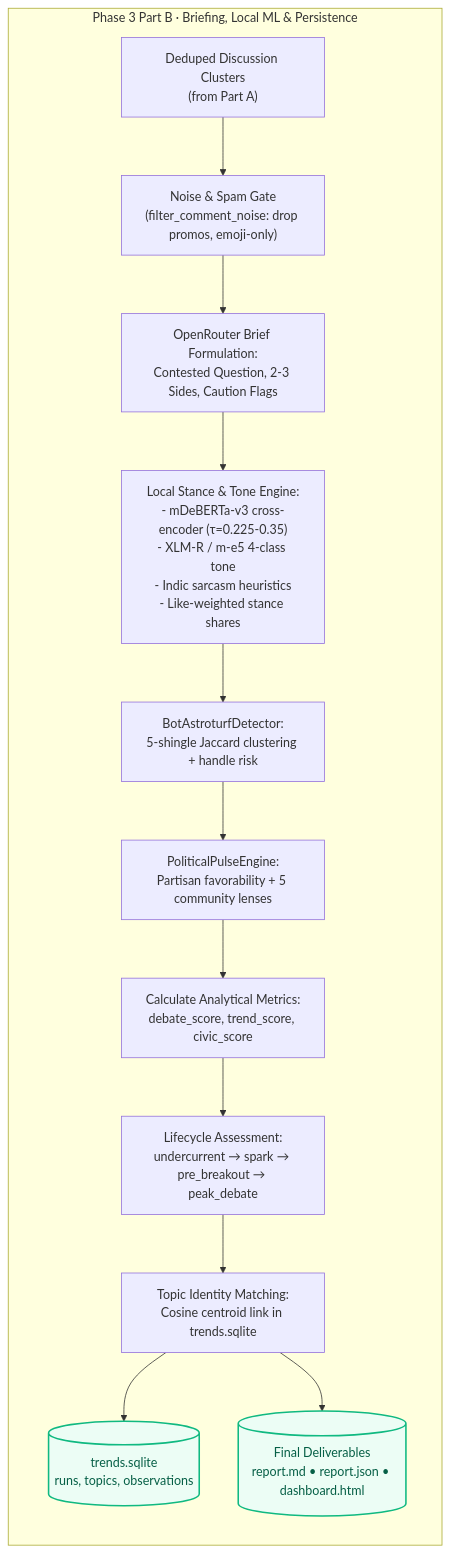
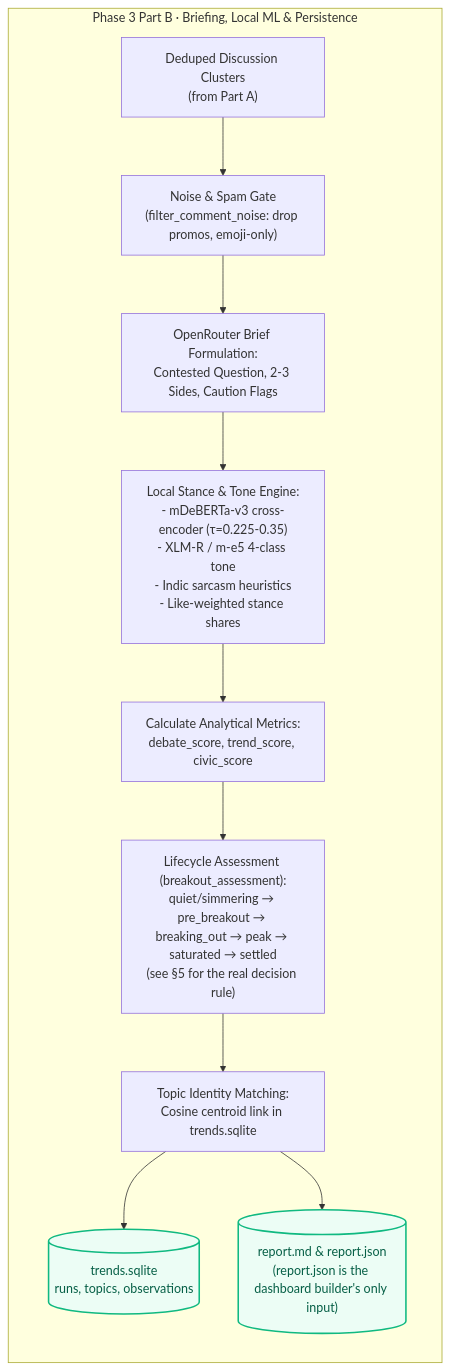
Before and after one commit to shankha06/identify-what-matters: the seventh of 20 diagrams in docs/ARCHITECTURE.md, drawn with Mermaid. The commit also changed other lines of this file and 72 other files, not shown here.

````diff
--- a/docs/ARCHITECTURE.md
+++ b/docs/ARCHITECTURE.md
@@ -362,23 +382,20 @@
 ```mermaid
 flowchart TD
     subgraph P3B["Phase 3 Part B · Briefing, Local ML & Persistence"]
         direction TB
         DEDUPE_IN["Deduped Discussion Clusters<br/>(from Part A)"] --> NOISE_DROP["Noise & Spam Gate<br/>(filter_comment_noise: drop promos, emoji-only)"]
         NOISE_DROP --> LLM_BRIEF["OpenRouter Brief Formulation:<br/>Contested Question, 2-3 Sides, Caution Flags"]
 
         LLM_BRIEF --> LOCAL_ENGINE["Local Stance & Tone Engine:<br/>- mDeBERTa-v3 cross-encoder (&tau;=0.225-0.35)<br/>- XLM-R / m-e5 4-class tone<br/>- Indic sarcasm heuristics<br/>- Like-weighted stance shares"]
 
-        LOCAL_ENGINE --> BOT_ENGINE["BotAstroturfDetector:<br/>5-shingle Jaccard clustering + handle risk"]
-        BOT_ENGINE --> PULSE_ENGINE["PoliticalPulseEngine:<br/>Partisan favorability + 5 community lenses"]
-
-        PULSE_ENGINE --> METRICS["Calculate Analytical Metrics:<br/>debate_score, trend_score, civic_score"]
-        METRICS --> LIFECYCLE["Lifecycle Assessment:<br/>undercurrent &rarr; spark &rarr; pre_breakout &rarr; peak_debate"]
+        LOCAL_ENGINE --> METRICS["Calculate Analytical Metrics:<br/>debate_score, trend_score, civic_score"]
+        METRICS --> LIFECYCLE["Lifecycle Assessment (breakout_assessment):<br/>quiet/simmering &rarr; pre_breakout &rarr; breaking_out &rarr; peak &rarr; saturated &rarr; settled<br/>(see &sect;5 for the real decision rule)"]
         LIFECYCLE --> HIST_LINK["Topic Identity Matching:<br/>Cosine centroid link in trends.sqlite"]
 
         HIST_LINK --> DB_PERSIST[("trends.sqlite<br/>runs, topics, observations")]
-        HIST_LINK --> OUT_REPORTS[("Final Deliverables<br/>report.md • report.json • dashboard.html")]
+        HIST_LINK --> OUT_REPORTS[("report.md &amp; report.json<br/>(report.json is the dashboard builder's only input)")]
     end
 
     classDef store fill:#ecfdf5,stroke:#10b981,stroke-width:2px,color:#065f46;
     class DB_PERSIST,OUT_REPORTS store;
 ```
````
